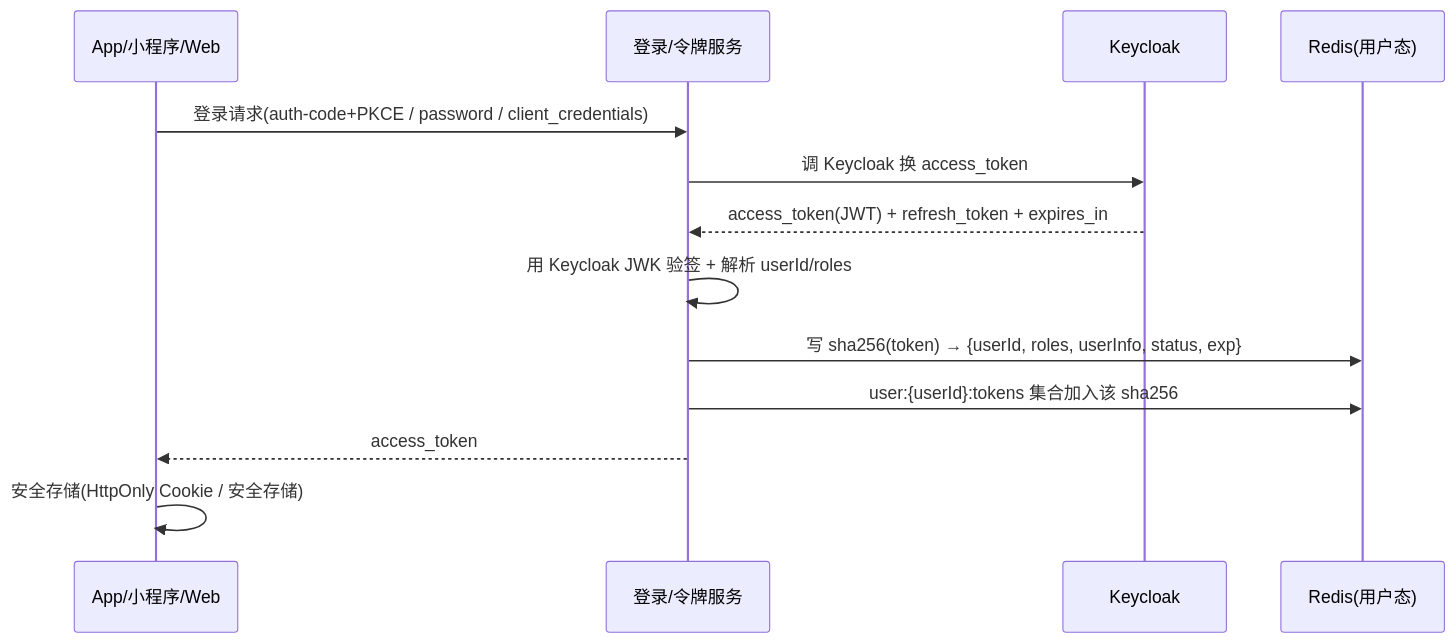
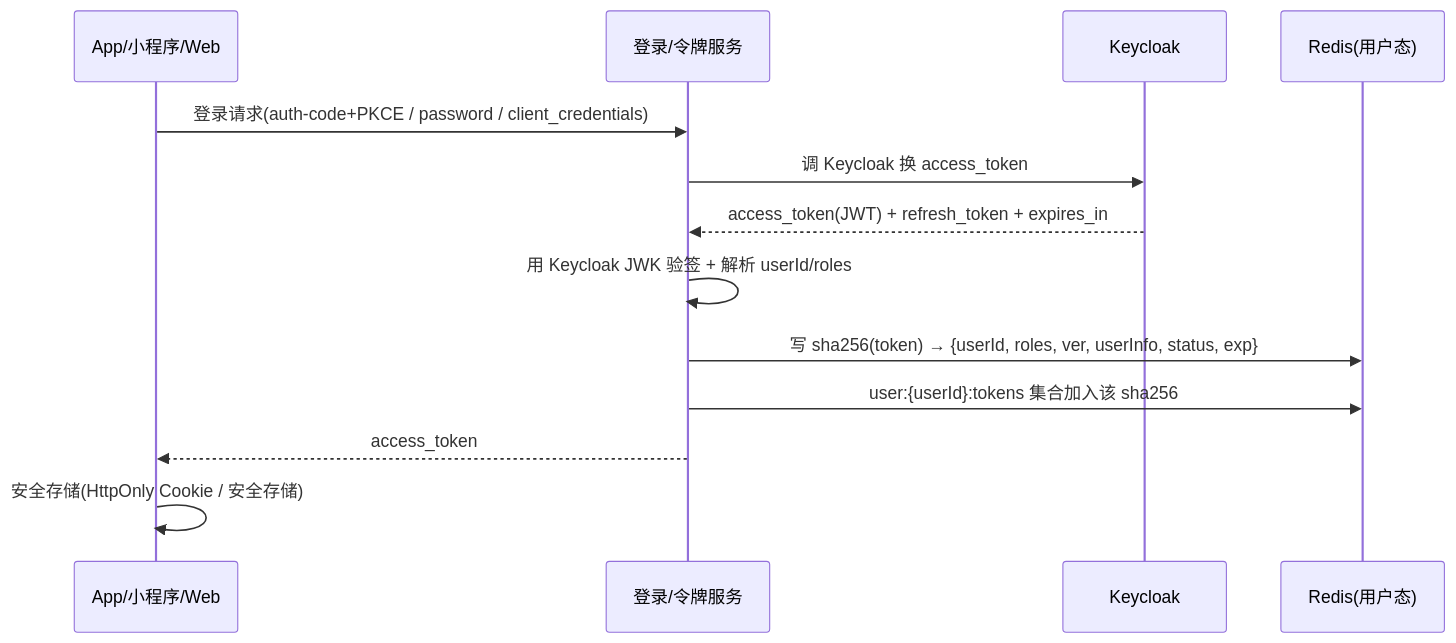
Before and after one commit to BigbearO/my-biz: the fourth of 6 diagrams in java/xxs-micro/doc/架构.md, drawn with Mermaid. The commit also changed other lines of this file and 2 other files, not shown here.

````diff
--- a/java/xxs-micro/doc/架构.md
+++ b/java/xxs-micro/doc/架构.md
@@ -350,15 +421,15 @@
 ```mermaid
 sequenceDiagram
     participant App as App/小程序/Web
     participant LS as 登录/令牌服务
     participant KC as Keycloak
     participant R as Redis(用户态)
     App->>LS: 登录请求(auth-code+PKCE / password / client_credentials)
     LS->>KC: 调 Keycloak 换 access_token
     KC-->>LS: access_token(JWT) + refresh_token + expires_in
     LS->>LS: 用 Keycloak JWK 验签 + 解析 userId/roles
-    LS->>R: 写 sha256(token) → {userId, roles, userInfo, status, exp}
+    LS->>R: 写 sha256(token) → {userId, roles, ver, userInfo, status, exp}
     LS->>R: user:{userId}:tokens 集合加入该 sha256
     LS-->>App: access_token
     App->>App: 安全存储(HttpOnly Cookie / 安全存储)
 ```
````
